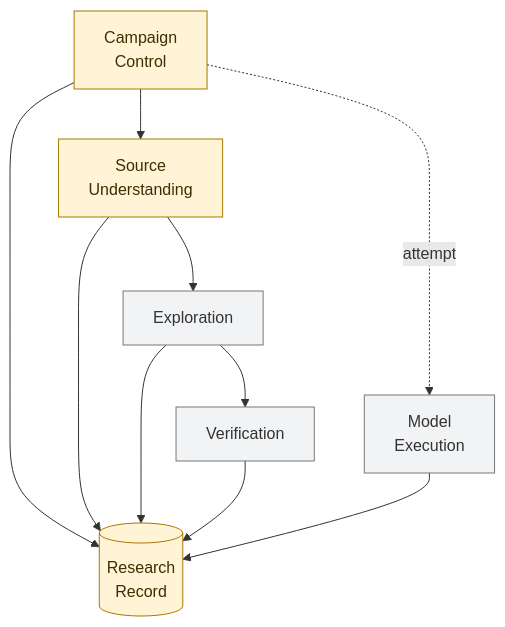
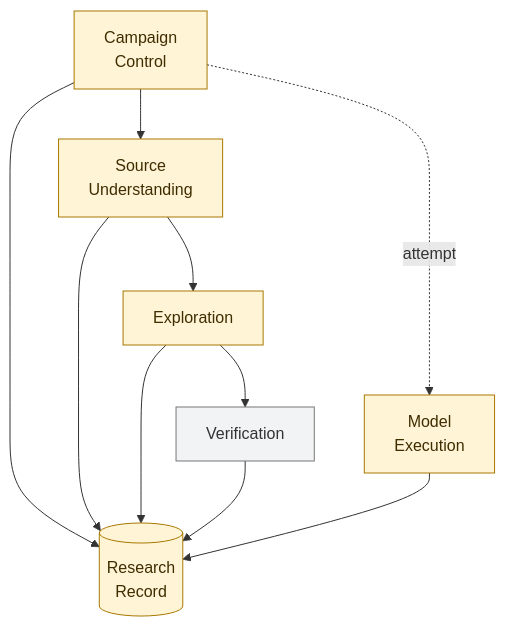
Before and after one commit to momoponwork1415-lgtm/wordpress-harness: the second of 3 diagrams in docs/design/module-map.md, drawn with Mermaid. The commit also changed other lines of this file and 14 other files, not shown here.

````diff
--- a/docs/design/module-map.md
+++ b/docs/design/module-map.md
@@ -57,26 +57,26 @@
 ```mermaid
 flowchart TB
     campaign["Campaign<br/>Control"]
     understand["Source<br/>Understanding"]
     explore["Exploration"]
     verify["Verification"]
     execution["Model<br/>Execution"]
     record[("Research<br/>Record")]
 
     campaign --> understand
     understand --> explore
     explore --> verify
 
     campaign -. "attempt" .-> execution
 
     campaign --> record
     understand --> record
     explore --> record
     verify --> record
     execution --> record
 
     classDef partial fill:#fff5d6,stroke:#a87800,color:#3f2d00;
     classDef planned fill:#f2f3f5,stroke:#777,color:#333;
-    class campaign,understand,record partial;
-    class explore,verify,execution planned;
+    class campaign,understand,explore,execution,record partial;
+    class verify planned;
 ```
````
